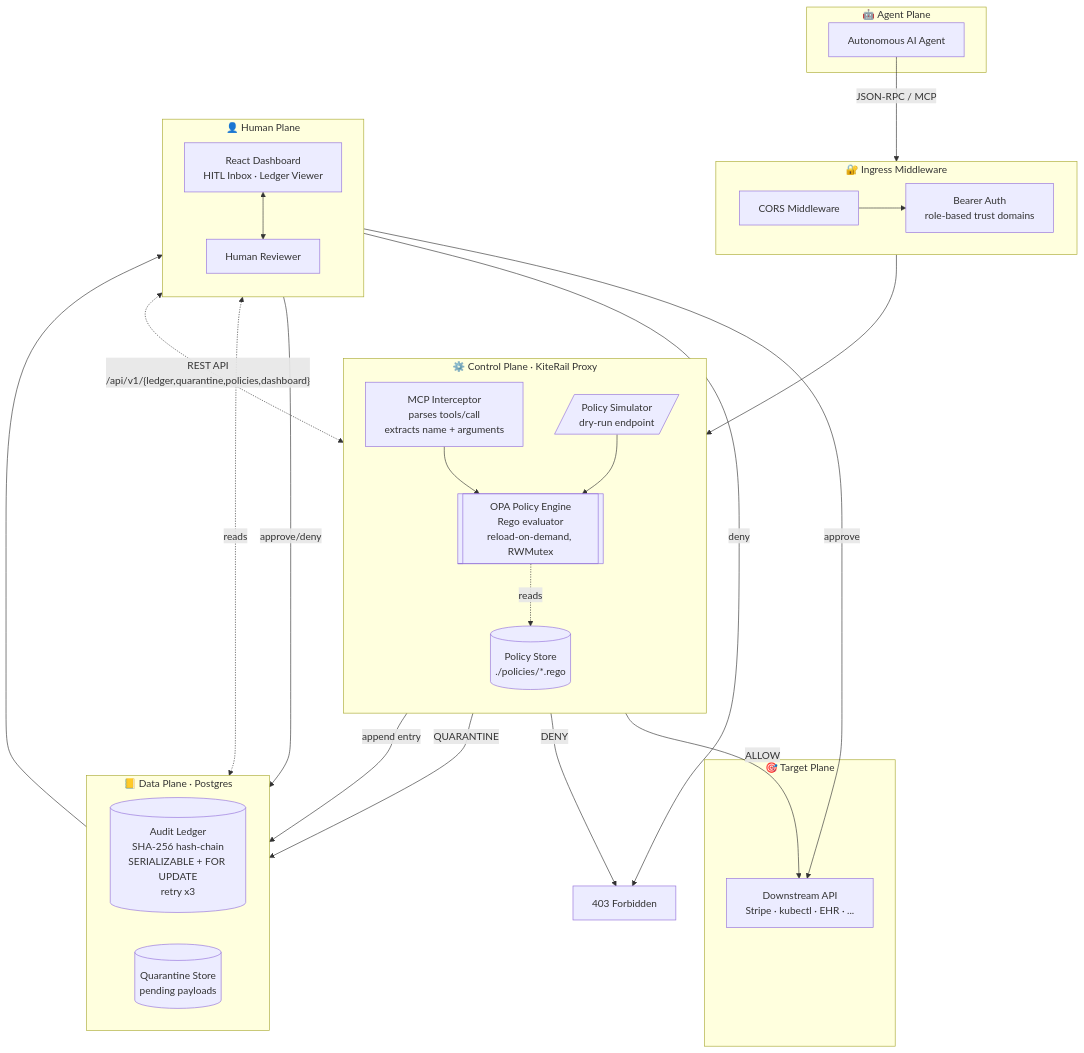
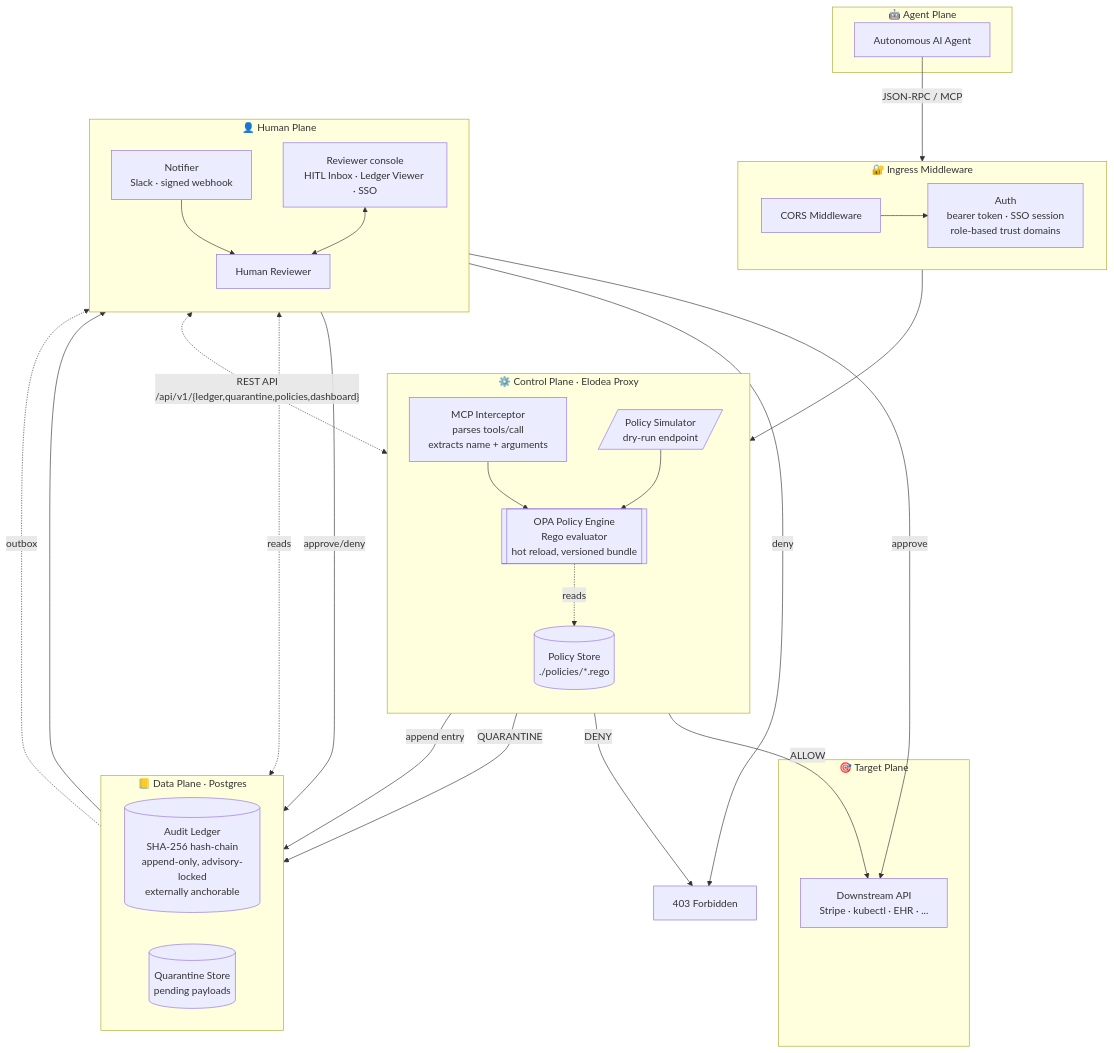
Before and after one commit to austinchima/KiteRail: the first of 3 diagrams in docs/ARCHITECTURE.md, drawn with Mermaid. The commit also changed other lines of this file and 111 other files, not shown here.

````diff
--- a/docs/ARCHITECTURE.md
+++ b/docs/ARCHITECTURE.md
@@ -33,56 +33,59 @@
 ```mermaid
 flowchart TB
     subgraph Client["🤖 Agent Plane"]
         A[Autonomous AI Agent]
     end
 
     subgraph Ingress["🔐 Ingress Middleware"]
         direction LR
-        M1[CORS Middleware] --> M2[Bearer Auth<br/>role-based trust domains]
+        M1[CORS Middleware] --> M2[Auth<br/>bearer token · SSO session<br/>role-based trust domains]
     end
 
-    subgraph Control["⚙️ Control Plane · KiteRail Proxy"]
+    subgraph Control["⚙️ Control Plane · Elodea Proxy"]
         direction TB
         P[MCP Interceptor<br/>parses tools/call<br/>extracts name + arguments]
-        E[[OPA Policy Engine<br/>Rego evaluator<br/>reload-on-demand, RWMutex]]
+        E[[OPA Policy Engine<br/>Rego evaluator<br/>hot reload, versioned bundle]]
         SIM[/Policy Simulator<br/>dry-run endpoint/]
         PS[(Policy Store<br/>./policies/*.rego)]
         P --> E
         SIM --> E
         E -.reads.-> PS
     end
 
     subgraph Data["📒 Data Plane · Postgres"]
         direction LR
-        L[(Audit Ledger<br/>SHA-256 hash-chain<br/>SERIALIZABLE + FOR UPDATE<br/>retry x3)]
+        L[(Audit Ledger<br/>SHA-256 hash-chain<br/>append-only, advisory-locked<br/>externally anchorable)]
         Q[(Quarantine Store<br/>pending payloads)]
     end
 
     subgraph Human["👤 Human Plane"]
         direction TB
-        UI[React Dashboard<br/>HITL Inbox · Ledger Viewer]
+        N[Notifier<br/>Slack · signed webhook]
+        UI[Reviewer console<br/>HITL Inbox · Ledger Viewer · SSO]
         REV[Human Reviewer]
+        N --> REV
         UI <--> REV
     end
 
     subgraph Upstream["🎯 Target Plane"]
         T[Downstream API<br/>Stripe · kubectl · EHR · ...]
     end
 
     A -- JSON-RPC / MCP --> M1
     M2 --> P
 
     E -- ALLOW --> T
     E -- DENY --> DENIED[403 Forbidden]
     E -- QUARANTINE --> Q
 
     Q --> UI
+    Q -. outbox .-> N
     UI -- approve --> T
     UI -- deny --> DENIED
 
     P -- append entry --> L
     UI -- approve/deny --> L
 
     UI <-. REST API<br/>/api/v1/{ledger,quarantine,policies,dashboard} .-> Control
     UI <-. reads .-> L
 ```
````
